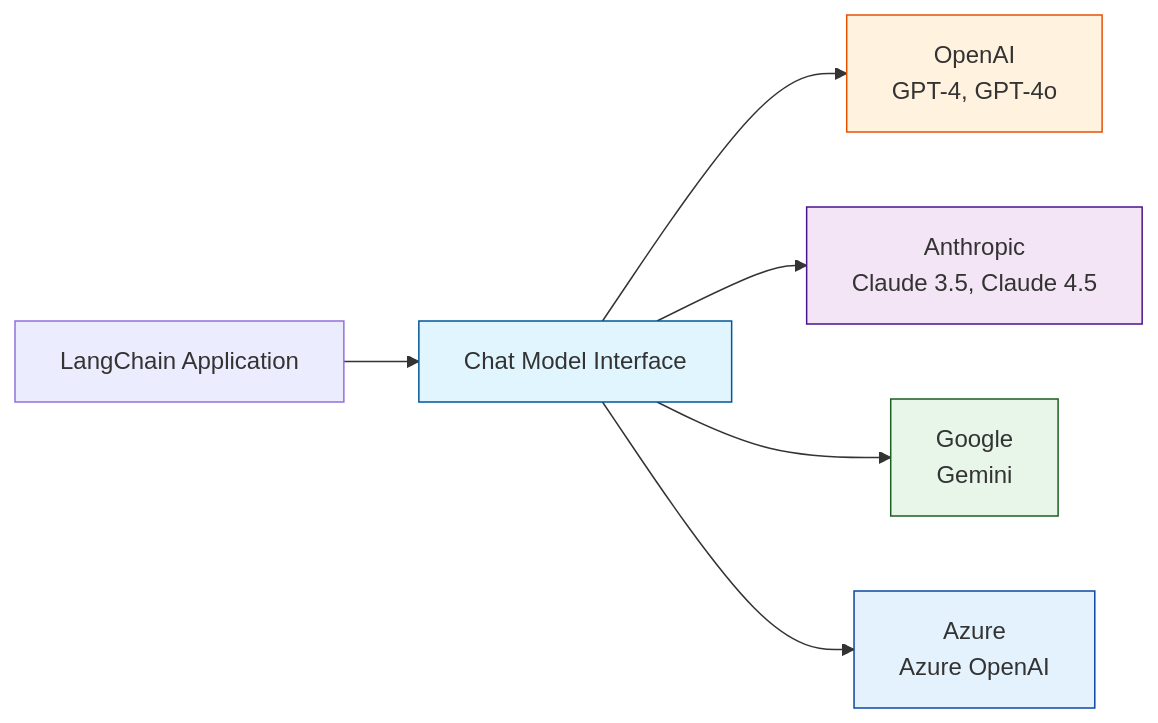
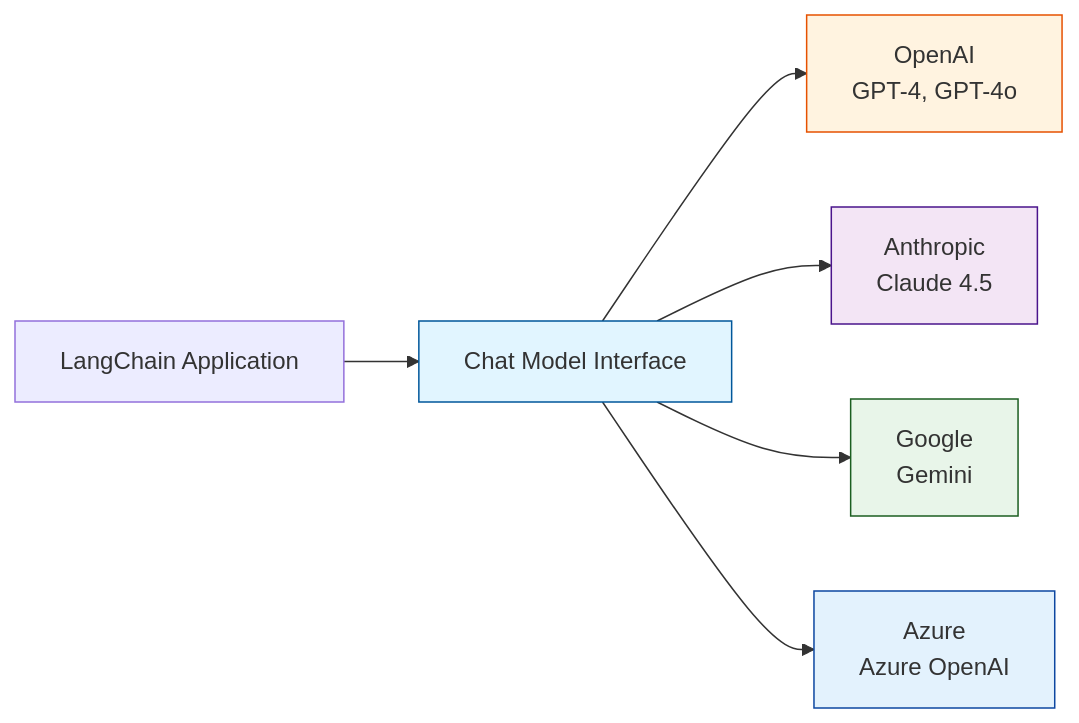
The first of 4 diagrams in source/langchain-docs/langchain/docs/part02_fundamentals.md (restful3/ds4th_study), drawn with Mermaid before and after one commit. The commit also changed other lines of this file and 26 other files, not shown here.

````diff
--- a/source/langchain-docs/langchain/docs/part02_fundamentals.md
+++ b/source/langchain-docs/langchain/docs/part02_fundamentals.md
@@ -48,14 +49,14 @@
 ```mermaid
 graph LR
     A[LangChain Application] --> B[Chat Model Interface]
     B --> C[OpenAI<br/>GPT-4, GPT-4o]
-    B --> D[Anthropic<br/>Claude 3.5, Claude 4.5]
+    B --> D[Anthropic<br/>Claude 4.5]
     B --> E[Google<br/>Gemini]
     B --> F[Azure<br/>Azure OpenAI]
 
     style B fill:#e1f5ff,stroke:#01579b
     style C fill:#fff3e0,stroke:#e65100
     style D fill:#f3e5f5,stroke:#4a148c
     style E fill:#e8f5e9,stroke:#1b5e20
     style F fill:#e3f2fd,stroke:#0d47a1
 ```
````
